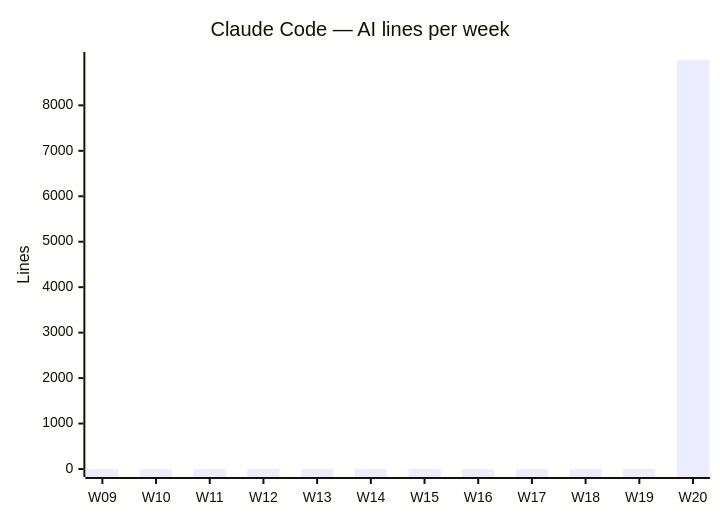
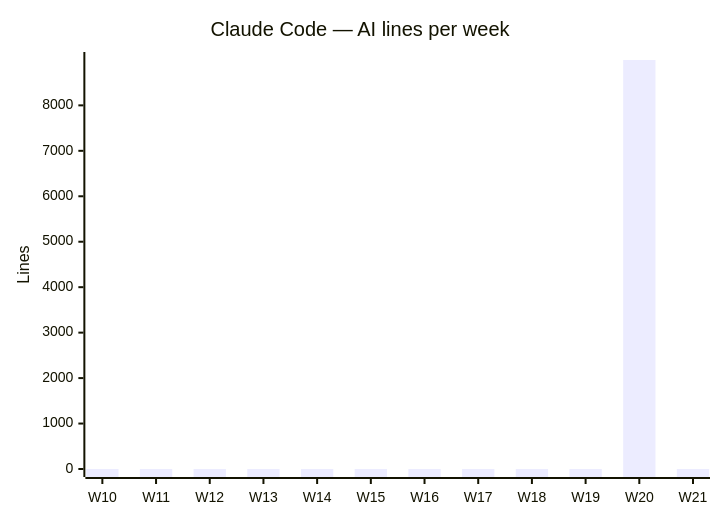
Before and after one commit to fromwaydowntown/ai-use: the second of 4 diagrams in docs/AI_USAGE.md, drawn with Mermaid. The commit also changed other lines of this file, not shown here.

````diff
--- a/docs/AI_USAGE.md
+++ b/docs/AI_USAGE.md
@@ -29,7 +29,7 @@
 ```mermaid
 xychart-beta
     title "Claude Code — AI lines per week"
-    x-axis ["W09", "W10", "W11", "W12", "W13", "W14", "W15", "W16", "W17", "W18", "W19", "W20"]
+    x-axis ["W10", "W11", "W12", "W13", "W14", "W15", "W16", "W17", "W18", "W19", "W20", "W21"]
     y-axis "Lines"
-    bar [0, 0, 0, 0, 0, 0, 0, 0, 0, 0, 0, 8998]
+    bar [0, 0, 0, 0, 0, 0, 0, 0, 0, 0, 8998, 0]
 ```
````
